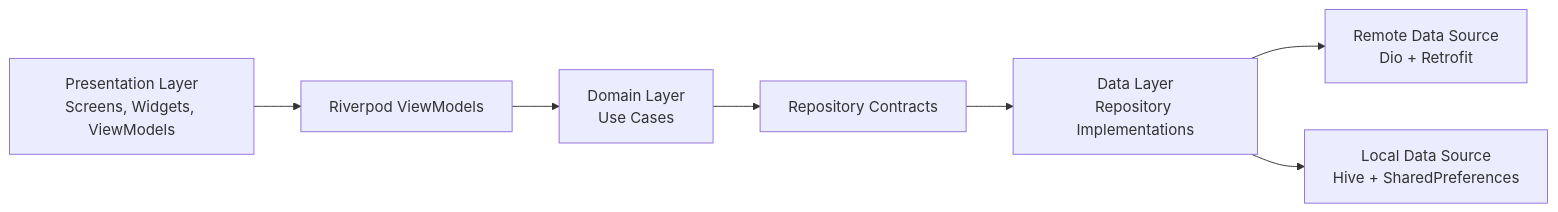
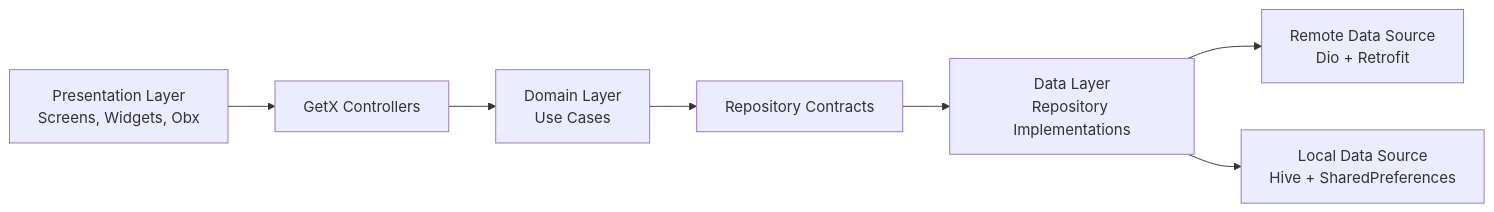
Before and after one commit to kinnari27/ShopKart: the diagram in README.md, drawn with Mermaid. The commit also changed other lines of this file and 34 other files, not shown here.

Commit message:
implement GetX state management, routing, and clean architecture features

````diff
--- a/README.md
+++ b/README.md
@@ -32,9 +32,9 @@
 ```mermaid
 flowchart LR
-  UI["Presentation Layer\nScreens, Widgets, ViewModels"] --> VM["Riverpod ViewModels"]
-  VM --> UC["Domain Layer\nUse Cases"]
+  UI["Presentation Layer\nScreens, Widgets, Obx"] --> Controller["GetX Controllers"]
+  Controller --> UC["Domain Layer\nUse Cases"]
   UC --> Contract["Repository Contracts"]
   Contract --> Impl["Data Layer\nRepository Implementations"]
   Impl --> Remote["Remote Data Source\nDio + Retrofit"]
   Impl --> Local["Local Data Source\nHive + SharedPreferences"]
 ```
````
